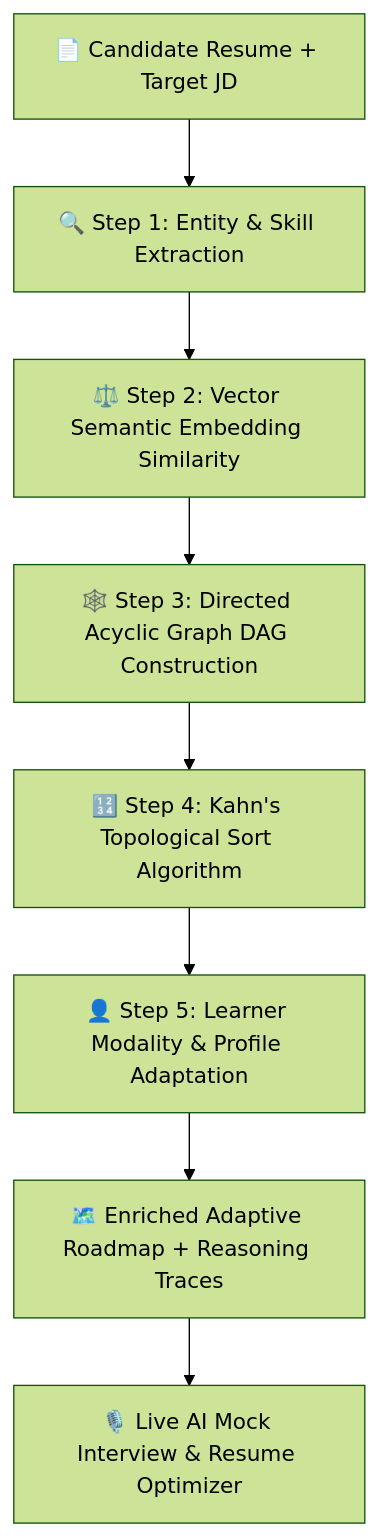
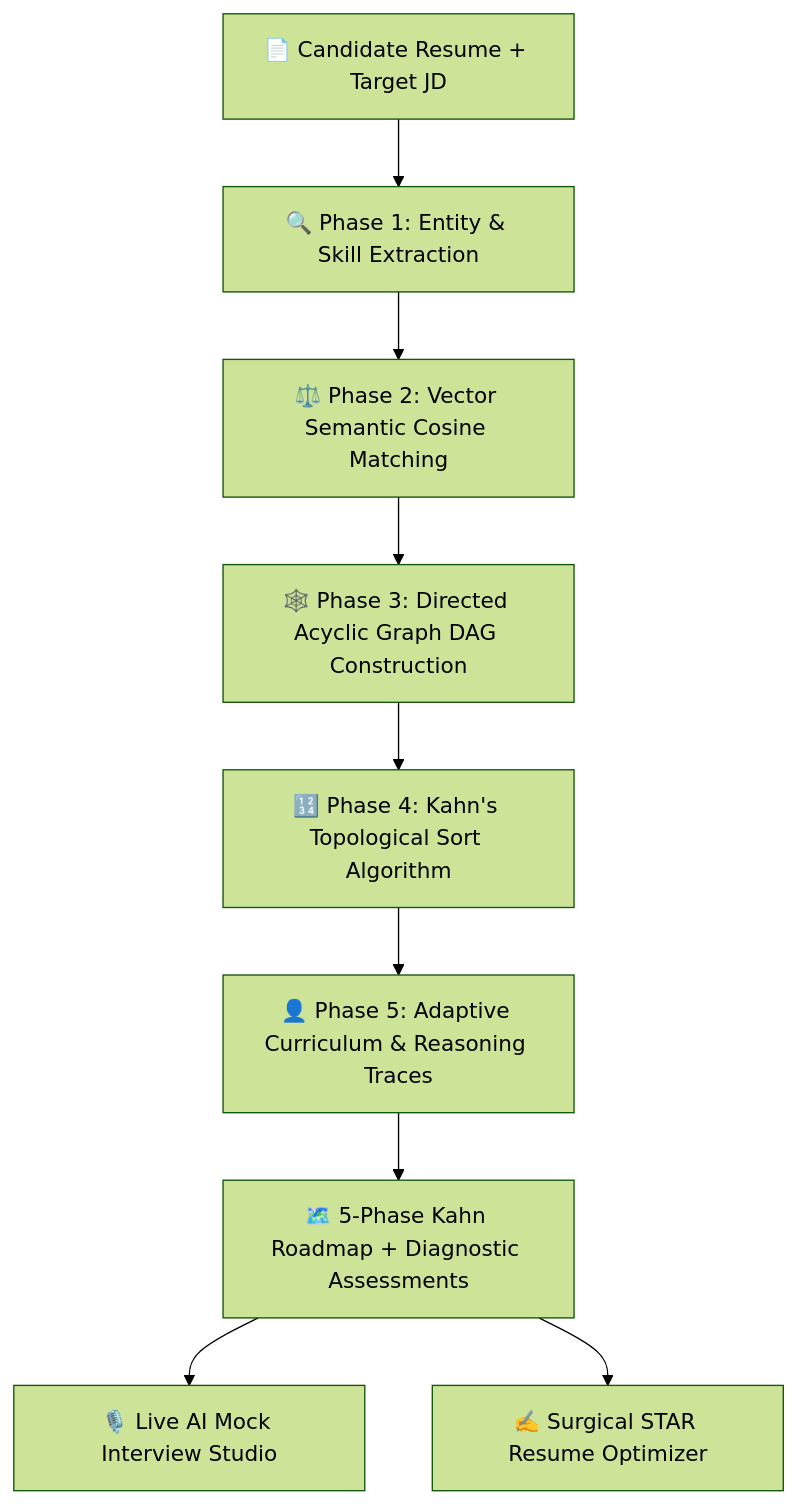
One commit to HARSHILL2023/ArtPark_CodeForge_Hackathon changed the diagram in README.md. Above: the diagram before and after it, drawn with Mermaid (forest theme). The commit also changed other lines of this file and 31 other files, not shown here.

Commit message:
feat(ui): complete typography & color system redesign to Layered Graphite and Warm Gold

````diff
--- a/README.md
+++ b/README.md
@@ -70,10 +84,11 @@
 ```mermaid
 flowchart TD
-    A[📄 Candidate Resume + Target JD] --> B[🔍 Step 1: Entity & Skill Extraction]
-    B --> C[⚖️ Step 2: Vector Semantic Embedding Similarity]
-    C --> D[🕸️ Step 3: Directed Acyclic Graph DAG Construction]
-    D --> E[🔢 Step 4: Kahn's Topological Sort Algorithm]
-    E --> F[👤 Step 5: Learner Modality & Profile Adaptation]
-    F --> G[🗺️ Enriched Adaptive Roadmap + Reasoning Traces]
-    G --> H[🎙️ Live AI Mock Interview & Resume Optimizer]
+    A[📄 Candidate Resume + Target JD] --> B[🔍 Phase 1: Entity & Skill Extraction]
+    B --> C[⚖️ Phase 2: Vector Semantic Cosine Matching]
+    C --> D[🕸️ Phase 3: Directed Acyclic Graph DAG Construction]
+    D --> E[🔢 Phase 4: Kahn's Topological Sort Algorithm]
+    E --> F[👤 Phase 5: Adaptive Curriculum & Reasoning Traces]
+    F --> G[🗺️ 5-Phase Kahn Roadmap + Diagnostic Assessments]
+    G --> H[🎙️ Live AI Mock Interview Studio]
+    G --> I[✍️ Surgical STAR Resume Optimizer]
 ```
````
